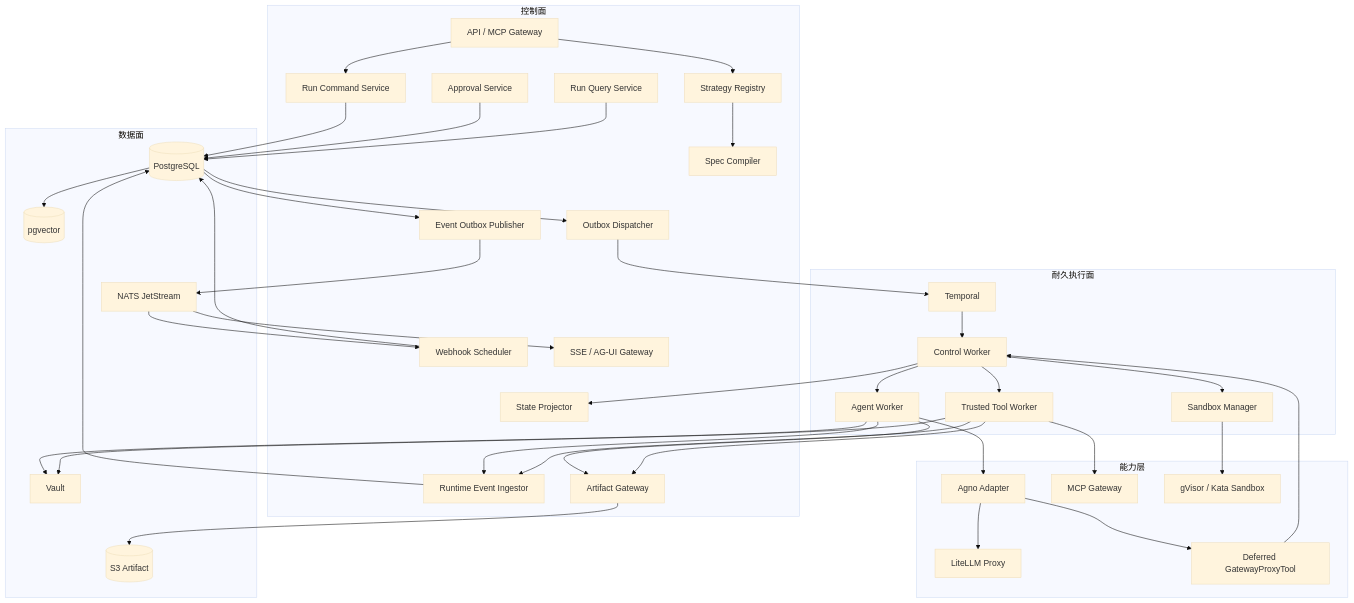
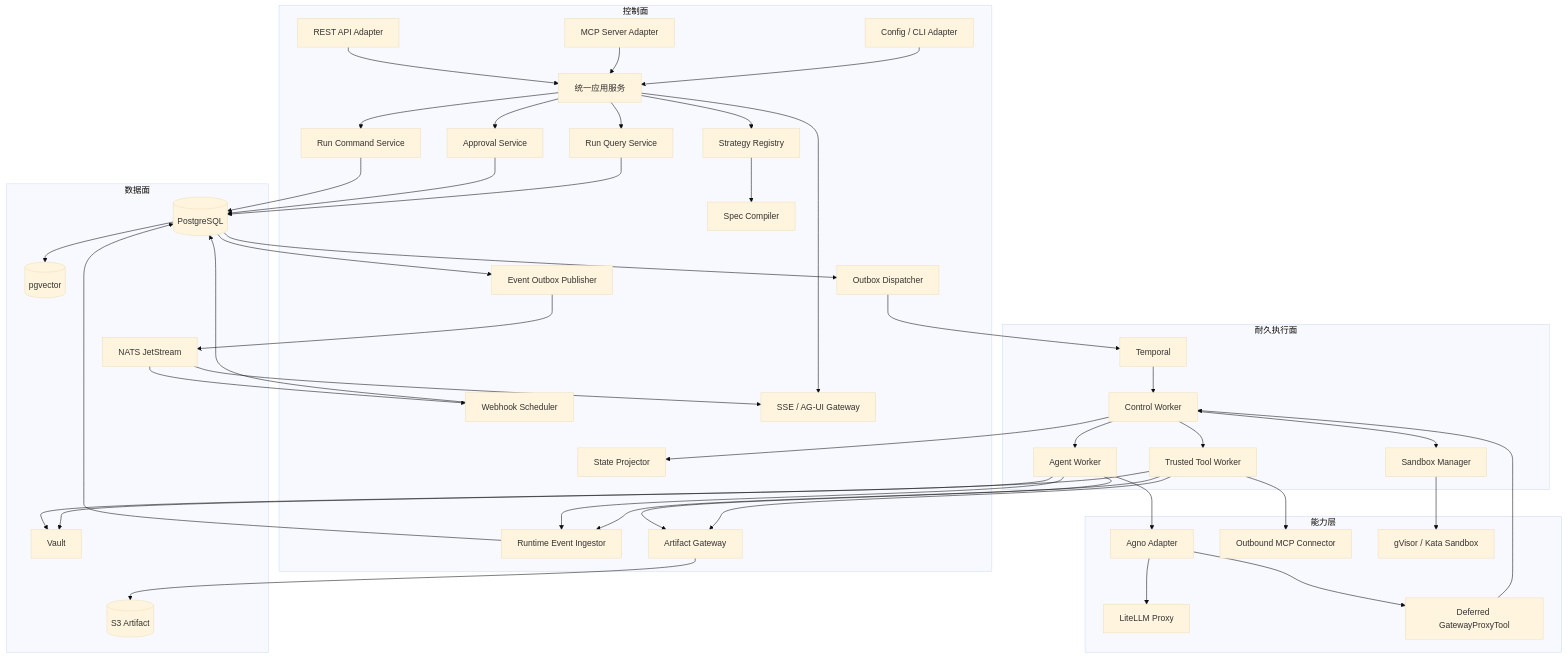
The second of 7 diagrams in docs/swarmcore-system-design.md (BlueX888/SwarmCore), drawn with Mermaid (base theme) before and after one commit. The commit also changed other lines of this file and 18 other files, not shown here.

```diff
--- a/docs/swarmcore-system-design.md
+++ b/docs/swarmcore-system-design.md
@@ -163,7 +179,10 @@
 ~~~mermaid
 flowchart TB
     subgraph ControlPlane[控制面]
-        Gateway[API / MCP Gateway]
+        RestAdapter[REST API Adapter]
+        MCPAdapter[MCP Server Adapter]
+        ConfigAdapter[Config / CLI Adapter]
+        Application[统一应用服务]
         Strategy[Strategy Registry]
         Compiler[Spec Compiler]
         RunService[Run Command Service]
@@ -190,7 +209,7 @@
         Agno[Agno Adapter]
         LiteLLM[LiteLLM Proxy]
         ProxyTool[Deferred GatewayProxyTool]
-        MCP[MCP Gateway]
+        OutboundMCP[Outbound MCP Connector]
         Sandbox[gVisor / Kata Sandbox]
     end
 
@@ -202,9 +221,15 @@
         Vault[Vault]
     end
 
-    Gateway --> Strategy
+    RestAdapter --> Application
+    MCPAdapter --> Application
+    ConfigAdapter --> Application
+    Application --> Strategy
     Strategy --> Compiler
-    Gateway --> RunService
+    Application --> RunService
+    Application --> Query
+    Application --> Approval
+    Application --> EventGateway
     RunService --> PG
     PG --> Dispatcher
     Dispatcher --> Temporal
@@ -217,7 +242,7 @@
     Agno --> LiteLLM
     Agno --> ProxyTool
     ProxyTool --> ControlWorker
-    ToolWorker --> MCP
+    ToolWorker --> OutboundMCP
     SandboxManager --> Sandbox
     AgentWorker --> Ingestor
     ToolWorker --> Ingestor
```
